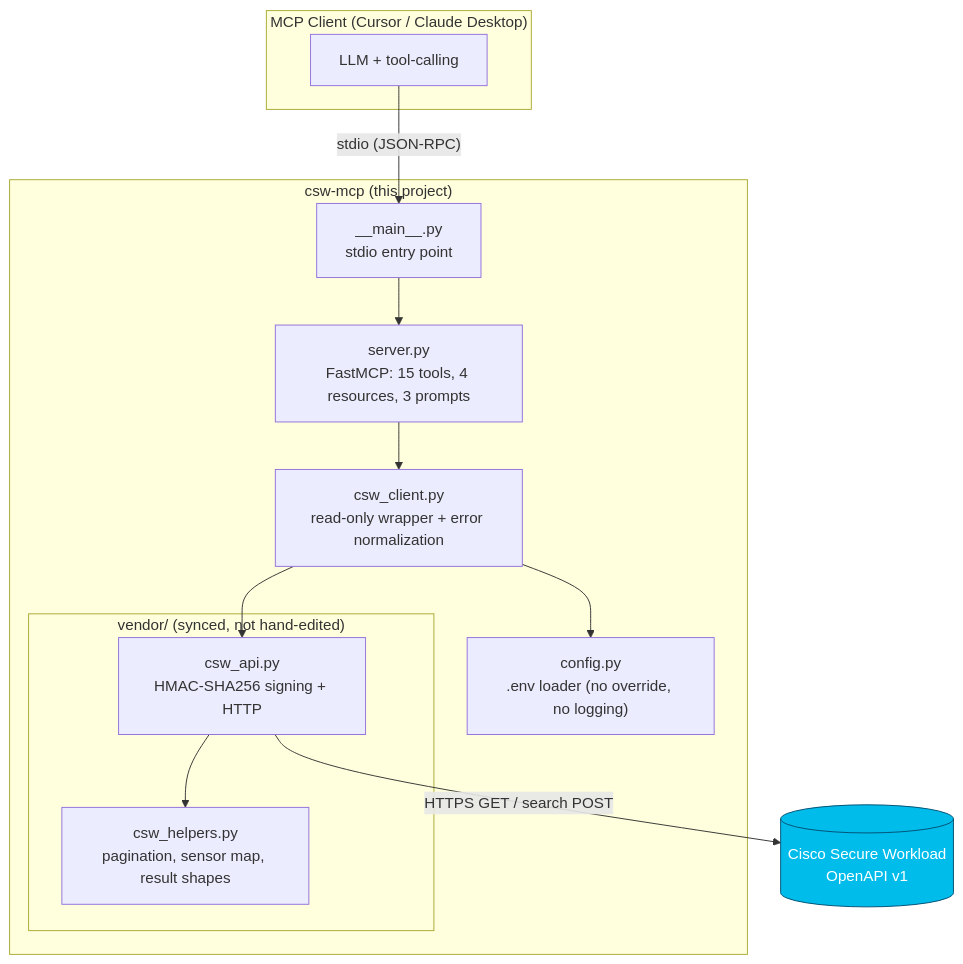
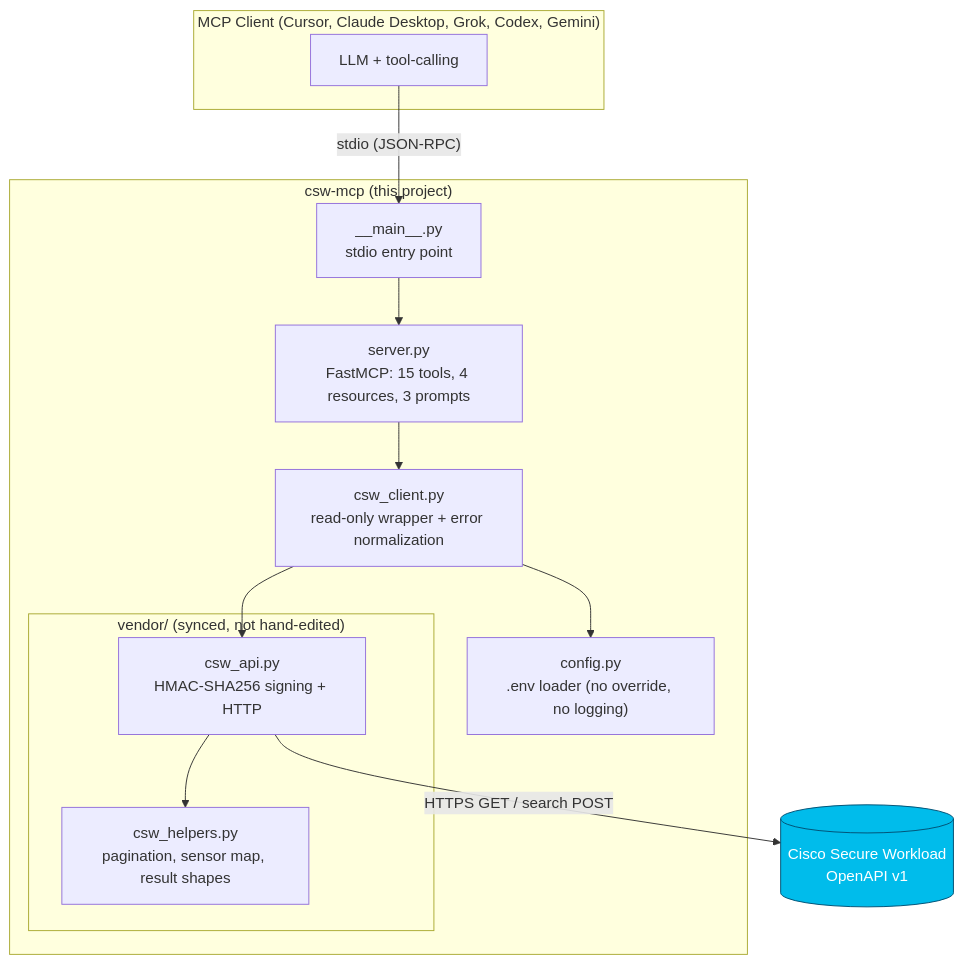
Before and after one commit to chandrapati/csw-mcp: the first of 2 diagrams in docs/ARCHITECTURE.md, drawn with Mermaid. The commit also changed 3 other files, not shown here.

Commit message:
Name Grok, Codex, and Gemini alongside Cursor and Claude Desktop.

````diff
--- a/docs/ARCHITECTURE.md
+++ b/docs/ARCHITECTURE.md
@@ -8,29 +8,29 @@
 ```mermaid
 flowchart TB
-    subgraph Client["MCP Client (Cursor / Claude Desktop)"]
+    subgraph Client["MCP Client (Cursor, Claude Desktop, Grok, Codex, Gemini)"]
         LLM[LLM + tool-calling]
     end
 
     subgraph Server["csw-mcp (this project)"]
         M["__main__.py<br/>stdio entry point"]
         SV["server.py<br/>FastMCP: 15 tools, 4 resources, 3 prompts"]
         CL["csw_client.py<br/>read-only wrapper + error normalization"]
         CF["config.py<br/>.env loader (no override, no logging)"]
         subgraph Vendor["vendor/ (synced, not hand-edited)"]
             API["csw_api.py<br/>HMAC-SHA256 signing + HTTP"]
             H["csw_helpers.py<br/>pagination, sensor map, result shapes"]
         end
     end
 
     CSW[(Cisco Secure Workload<br/>OpenAPI v1)]
 
     LLM -- "stdio (JSON-RPC)" --> M --> SV
     SV --> CL
     CL --> CF
     CL --> API
     API --> H
     API -- "HTTPS GET / search POST" --> CSW
 
     classDef cisco fill:#00bceb,stroke:#005073,color:#fff;
     class CSW cisco;
 ```
````
